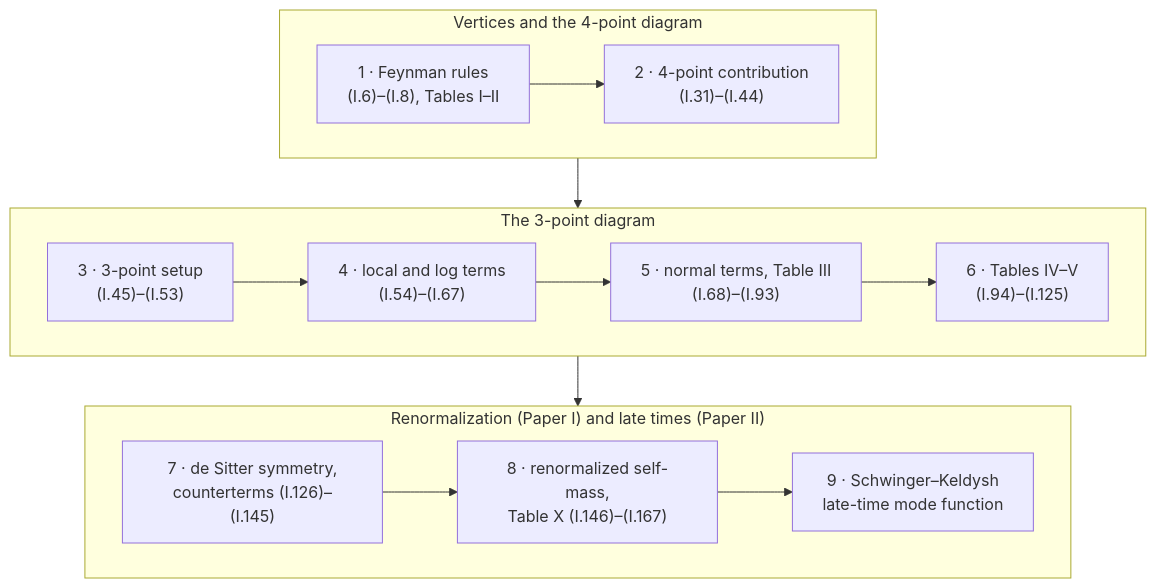
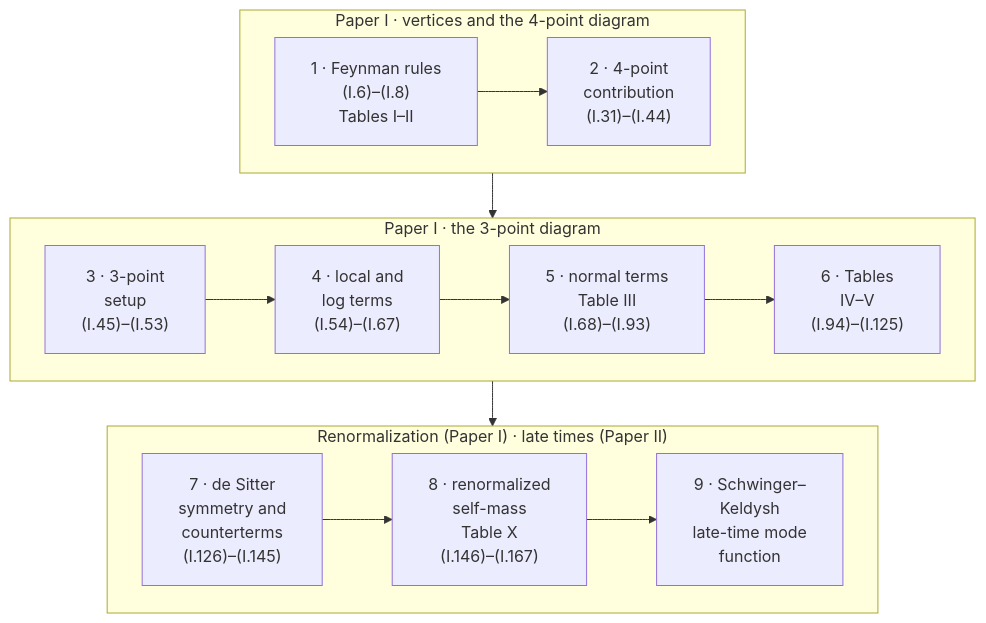
One commit to eokahya/claude-audits-quantum-gravity changed the second of 2 diagrams in README.md. Above: the diagram before and after it, drawn with Mermaid. The commit also changed other lines of this file, not shown here.

Commit message:
README: fix clipped labels in the mermaid diagrams (SVG labels, shorter lines, more padding)

````diff
--- a/README.md
+++ b/README.md
@@ -86,16 +87,17 @@
 ```mermaid
+%%{init: {"flowchart": {"htmlLabels": false, "padding": 18, "nodeSpacing": 35, "rankSpacing": 45}}}%%
 flowchart TB
-    subgraph R1["Vertices and the 4-point diagram"]
+    subgraph R1["Paper I · vertices and the 4-point diagram"]
         direction LR
-        S1["1 · Feynman rules<br/>(I.6)–(I.8), Tables I–II"] --> S2["2 · 4-point contribution<br/>(I.31)–(I.44)"]
+        S1["1 · Feynman rules<br/>(I.6)–(I.8)<br/>Tables I–II"] --> S2["2 · 4-point<br/>contribution<br/>(I.31)–(I.44)"]
     end
-    subgraph R2["The 3-point diagram"]
+    subgraph R2["Paper I · the 3-point diagram"]
         direction LR
-        S3["3 · 3-point setup<br/>(I.45)–(I.53)"] --> S4["4 · local and log terms<br/>(I.54)–(I.67)"] --> S5["5 · normal terms, Table III<br/>(I.68)–(I.93)"] --> S6["6 · Tables IV–V<br/>(I.94)–(I.125)"]
+        S3["3 · 3-point<br/>setup<br/>(I.45)–(I.53)"] --> S4["4 · local and<br/>log terms<br/>(I.54)–(I.67)"] --> S5["5 · normal terms<br/>Table III<br/>(I.68)–(I.93)"] --> S6["6 · Tables<br/>IV–V<br/>(I.94)–(I.125)"]
     end
-    subgraph R3["Renormalization (Paper I) and late times (Paper II)"]
+    subgraph R3["Renormalization (Paper I) · late times (Paper II)"]
         direction LR
-        S7["7 · de Sitter symmetry,<br/>counterterms (I.126)–(I.145)"] --> S8["8 · renormalized self-mass,<br/>Table X (I.146)–(I.167)"] --> S9["9 · Schwinger–Keldysh<br/>late-time mode function"]
+        S7["7 · de Sitter<br/>symmetry and<br/>counterterms<br/>(I.126)–(I.145)"] --> S8["8 · renormalized<br/>self-mass<br/>Table X<br/>(I.146)–(I.167)"] --> S9["9 · Schwinger–<br/>Keldysh<br/>late-time mode<br/>function"]
     end
     R1 --> R2 --> R3
 ```
````
